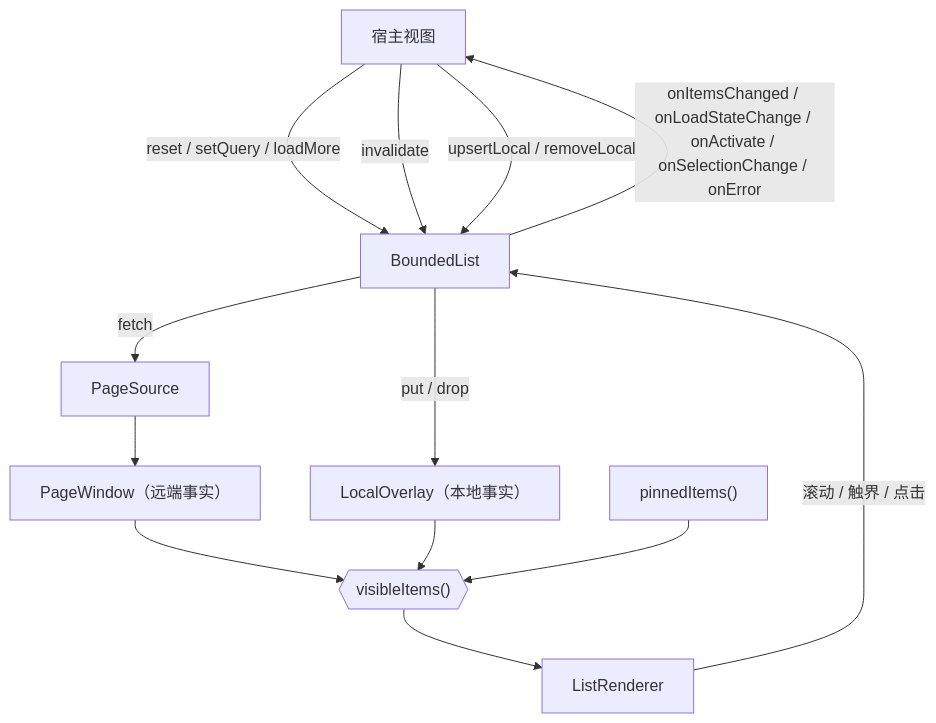
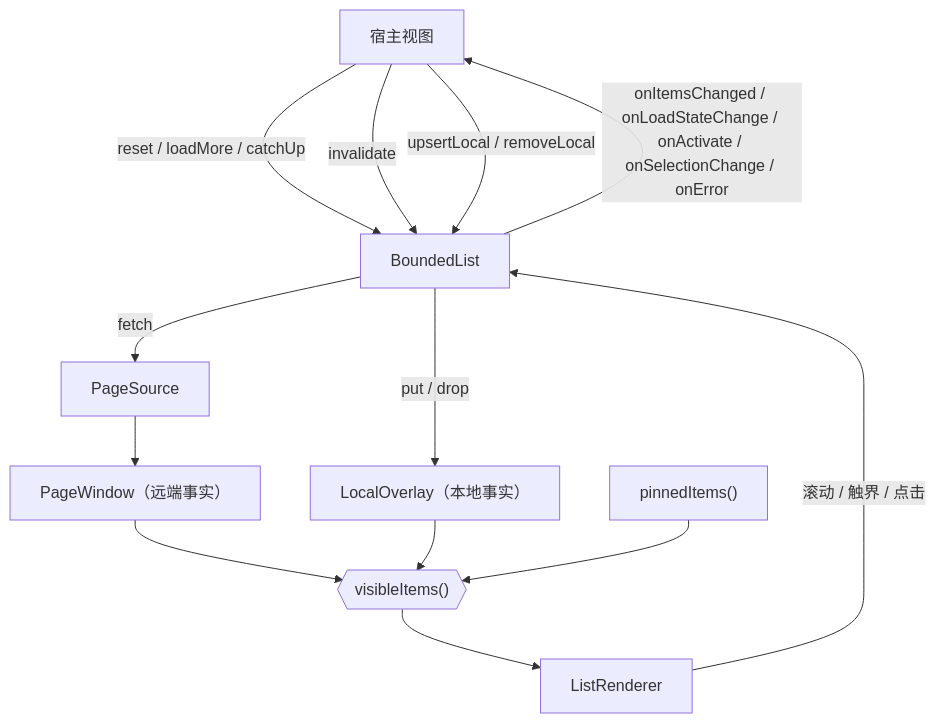
One commit to dacez/yimsg changed the first of 2 diagrams in packages/uikit/docs/boundedlist/组件设计.md. Above: the diagram before and after it, drawn with Mermaid. The commit also changed other lines of this file and 33 other files, not shown here.

First line of the commit message:
BoundedList 组件边界收敛：提示条、防抖、本地切片源移交宿主

````diff
--- a/packages/uikit/docs/boundedlist/组件设计.md
+++ b/packages/uikit/docs/boundedlist/组件设计.md
@@ -52,15 +52,15 @@
 ```mermaid
 flowchart TD
-    Host["宿主视图"] -->|reset / setQuery / loadMore| BL["BoundedList"]
+    Host["宿主视图"] -->|reset / loadMore / catchUp| BL["BoundedList"]
     Host -->|invalidate| BL
     Host -->|upsertLocal / removeLocal| BL
     BL -->|fetch| Source["PageSource"]
     Source --> Window["PageWindow（远端事实）"]
     BL -->|put / drop| Overlay["LocalOverlay（本地事实）"]
     Window --> Visible{{"visibleItems()"}}
     Overlay --> Visible
     Pinned["pinnedItems()"] --> Visible
     Visible --> Renderer["ListRenderer"]
     Renderer -->|滚动 / 触界 / 点击| BL
     BL -->|onItemsChanged / onLoadStateChange / onActivate / onSelectionChange / onError| Host
 ```
````
